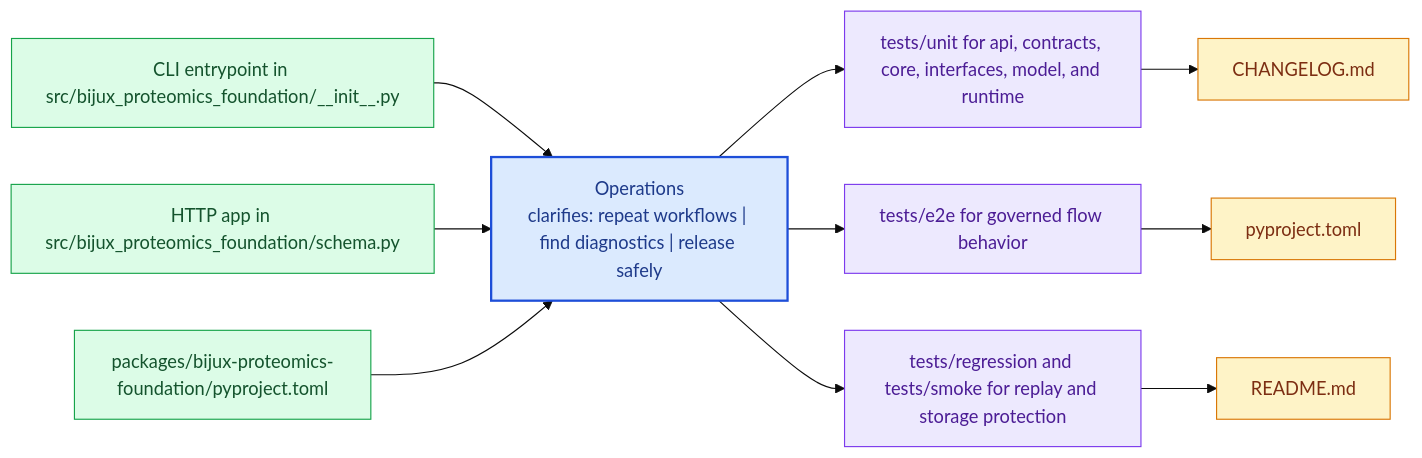
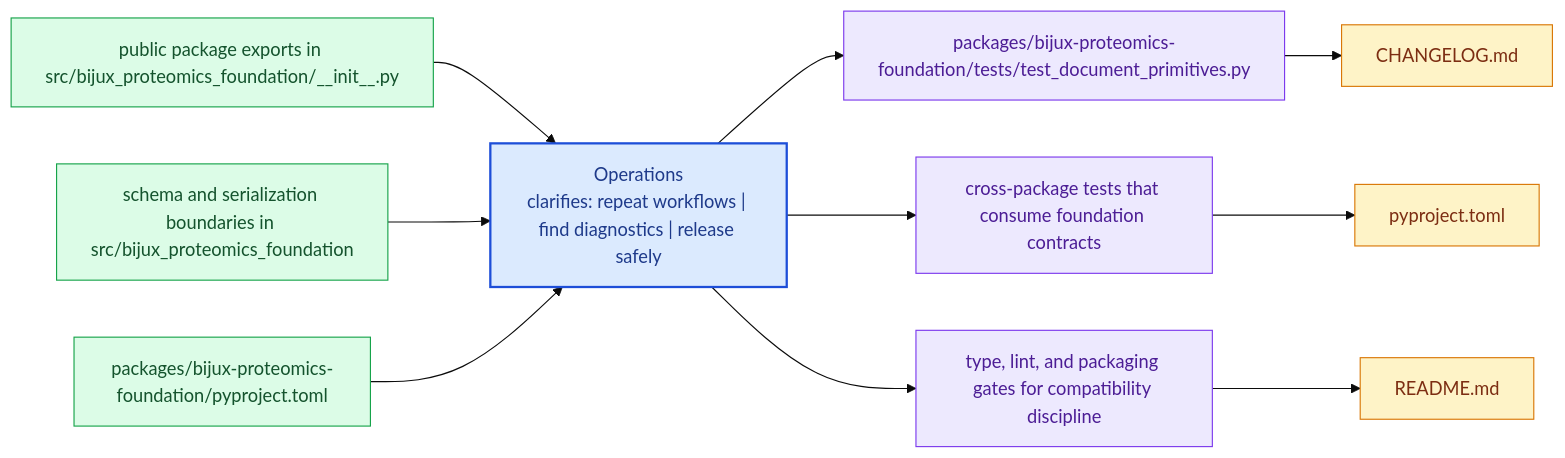
Before and after one commit to bijux/bijux-proteomics: the diagram in docs/bijux-proteomics-foundation/operations/index.md, drawn with Mermaid (base theme).

Commit message:
docs(foundation-operations): replace non-existent runtime entrypoints with real maintainer anchors

````diff
--- a/docs/bijux-proteomics-foundation/operations/index.md
+++ b/docs/bijux-proteomics-foundation/operations/index.md
@@ -20,31 +20,31 @@
 ```mermaid
 flowchart LR
     page["Operations<br/>clarifies: repeat workflows | find diagnostics | release safely"]
     classDef page fill:#dbeafe,stroke:#1d4ed8,color:#1e3a8a,stroke-width:2px;
     classDef positive fill:#dcfce7,stroke:#16a34a,color:#14532d;
     classDef caution fill:#fee2e2,stroke:#dc2626,color:#7f1d1d;
     classDef anchor fill:#ede9fe,stroke:#7c3aed,color:#4c1d95;
     classDef action fill:#fef3c7,stroke:#d97706,color:#7c2d12;
-    step1["CLI entrypoint in src/bijux_proteomics_foundation/__init__.py"]
+    step1["public package exports in src/bijux_proteomics_foundation/__init__.py"]
     step1 --> page
-    step2["HTTP app in src/bijux_proteomics_foundation/schema.py"]
+    step2["schema and serialization boundaries in src/bijux_proteomics_foundation"]
     step2 --> page
     step3["packages/bijux-proteomics-foundation/pyproject.toml"]
     step3 --> page
-    run1["tests/unit for api, contracts, core, interfaces, model, and runtime"]
+    run1["packages/bijux-proteomics-foundation/tests/test_document_primitives.py"]
     page --> run1
-    run2["tests/e2e for governed flow behavior"]
+    run2["cross-package tests that consume foundation contracts"]
     page --> run2
-    run3["tests/regression and tests/smoke for replay and storage protection"]
+    run3["type, lint, and packaging gates for compatibility discipline"]
     page --> run3
     release1["CHANGELOG.md"]
     run1 --> release1
     release2["pyproject.toml"]
     run2 --> release2
     release3["README.md"]
     run3 --> release3
     class page page;
     class step1,step2,step3 positive;
     class run1,run2,run3 anchor;
     class release1,release2,release3 action;
 ```
````
